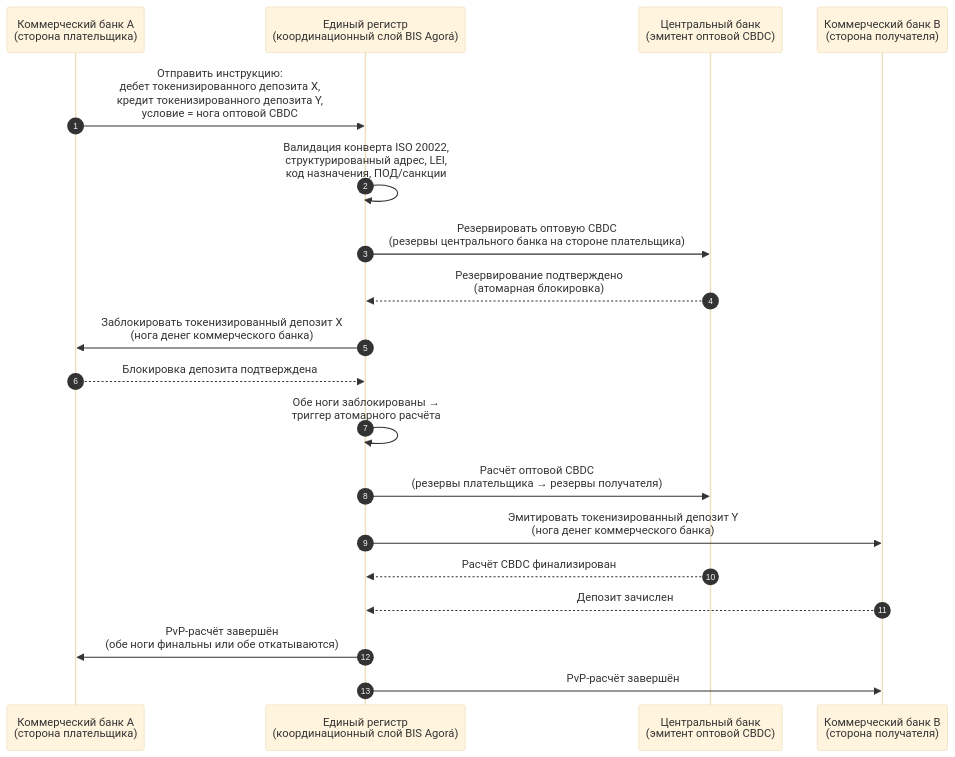
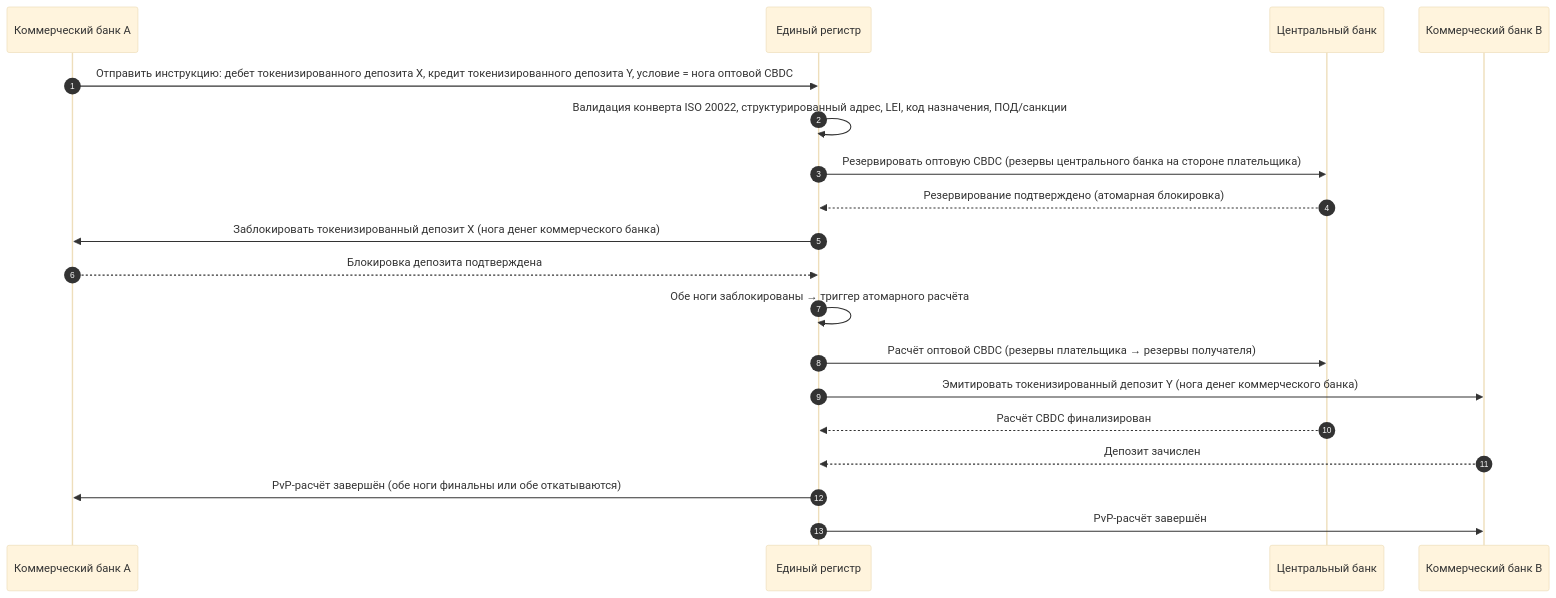
Before and after one commit to sebastienrousseau/sebastienrousseau.github.io: the diagram in _posts/ru/2026-06-06-wholesale-payments-index-iso20022-tokenised-deposits-cross-border-2026.md, drawn with Mermaid (base theme). The commit also changed 2231 other files, not shown here.

First line of the commit message:
fix(mermaid): unblock Mermaid v10 rendering end-to-end (#198)

````diff
--- a/_posts/ru/2026-06-06-wholesale-payments-index-iso20022-tokenised-deposits-cross-border-2026.md
+++ b/_posts/ru/2026-06-06-wholesale-payments-index-iso20022-tokenised-deposits-cross-border-2026.md
@@ -170,22 +170,21 @@
 ```mermaid
 sequenceDiagram
     autonumber
-    participant CB_A as Коммерческий банк A<br/>(сторона плательщика)
-    participant UL as Единый регистр<br/>(координационный слой BIS Agorá)
-    participant CBNK as Центральный банк<br/>(эмитент оптовой CBDC)
-    participant CB_B as Коммерческий банк B<br/>(сторона получателя)
-
-    CB_A->>UL: Отправить инструкцию:<br/>дебет токенизированного депозита X,<br/>кредит токенизированного депозита Y,<br/>условие = нога оптовой CBDC
-    UL->>UL: Валидация конверта ISO 20022,<br/>структурированный адрес, LEI,<br/>код назначения, ПОД/санкции
-    UL->>CBNK: Резервировать оптовую CBDC<br/>(резервы центрального банка на стороне плательщика)
-    CBNK-->>UL: Резервирование подтверждено<br/>(атомарная блокировка)
-    UL->>CB_A: Заблокировать токенизированный депозит X<br/>(нога денег коммерческого банка)
+    participant CB_A as Коммерческий банк A
+    participant UL as Единый регистр
+    participant CBNK as Центральный банк
+    participant CB_B as Коммерческий банк B
+    CB_A->>UL: Отправить инструкцию: дебет токенизированного депозита X, кредит токенизированного депозита Y, условие = нога оптовой CBDC
+    UL->>UL: Валидация конверта ISO 20022, структурированный адрес, LEI, код назначения, ПОД/санкции
+    UL->>CBNK: Резервировать оптовую CBDC (резервы центрального банка на стороне плательщика)
+    CBNK-->>UL: Резервирование подтверждено (атомарная блокировка)
+    UL->>CB_A: Заблокировать токенизированный депозит X (нога денег коммерческого банка)
     CB_A-->>UL: Блокировка депозита подтверждена
-    UL->>UL: Обе ноги заблокированы →<br/>триггер атомарного расчёта
-    UL->>CBNK: Расчёт оптовой CBDC<br/>(резервы плательщика → резервы получателя)
-    UL->>CB_B: Эмитировать токенизированный депозит Y<br/>(нога денег коммерческого банка)
+    UL->>UL: Обе ноги заблокированы → триггер атомарного расчёта
+    UL->>CBNK: Расчёт оптовой CBDC (резервы плательщика → резервы получателя)
+    UL->>CB_B: Эмитировать токенизированный депозит Y (нога денег коммерческого банка)
     CBNK-->>UL: Расчёт CBDC финализирован
     CB_B-->>UL: Депозит зачислен
-    UL->>CB_A: PvP-расчёт завершён<br/>(обе ноги финальны или обе откатываются)
+    UL->>CB_A: PvP-расчёт завершён (обе ноги финальны или обе откатываются)
     UL->>CB_B: PvP-расчёт завершён
 ```
````
